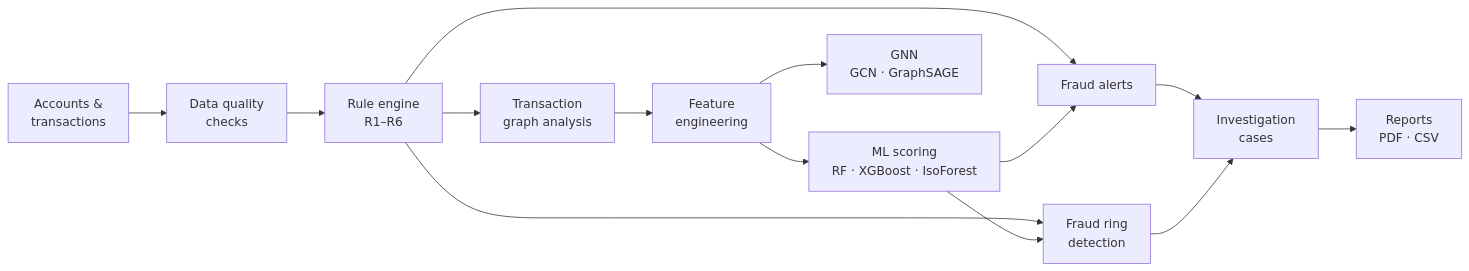
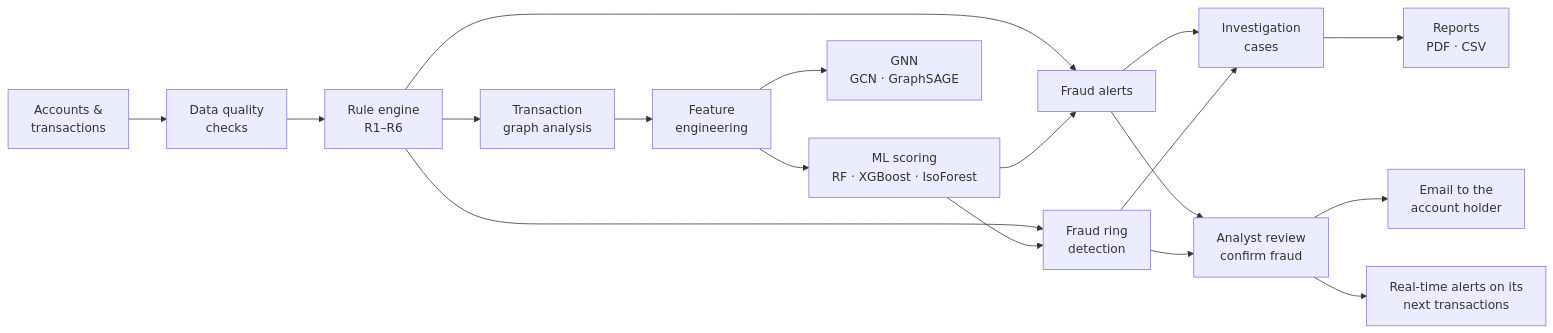
Before and after one commit to Aarjav-333/fraud-detection-graphml: the diagram in README.md, drawn with Mermaid. The commit also changed other lines of this file and 67 other files, not shown here.

````diff
--- a/README.md
+++ b/README.md
@@ -48,16 +52,20 @@
 ```mermaid
 flowchart LR
     A["Accounts &<br/>transactions"] --> B["Data quality<br/>checks"]
     B --> C["Rule engine<br/>R1–R6"]
     C --> D["Transaction<br/>graph analysis"]
     D --> E["Feature<br/>engineering"]
     E --> F["ML scoring<br/>RF · XGBoost · IsoForest"]
     E --> G["GNN<br/>GCN · GraphSAGE"]
     C --> H["Fraud alerts"]
     F --> H
     C --> I["Fraud ring<br/>detection"]
     F --> I
     H --> J["Investigation<br/>cases"]
     I --> J
     J --> K["Reports<br/>PDF · CSV"]
+    H --> R["Analyst review<br/>confirm fraud"]
+    I --> R
+    R --> M["Email to the<br/>account holder"]
+    R --> N["Real-time alerts on its<br/>next transactions"]
 ```
````
